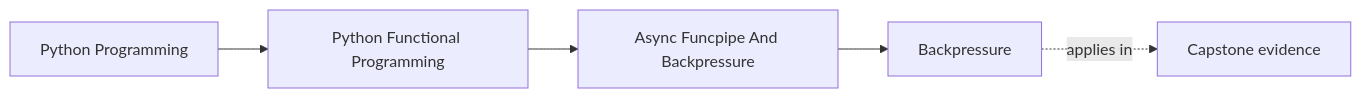
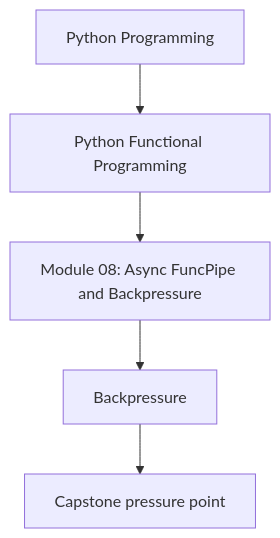
The first of 2 diagrams in programs/python-programming/python-functional-programming/course-book/module-08-async-funcpipe-and-backpressure/backpressure.md (bijux/bijux-masterclass), drawn with Mermaid before and after one commit. The commit also changed other lines of this file and 118 other files, not shown here.

Commit message:
docs(python-functional-programming): align concept page diagrams

````diff
--- a/programs/python-programming/python-functional-programming/course-book/module-08-async-funcpipe-and-backpressure/backpressure.md
+++ b/programs/python-programming/python-functional-programming/course-book/module-08-async-funcpipe-and-backpressure/backpressure.md
@@ -7,11 +7,7 @@
 ```mermaid
-graph LR
-  family["Python Programming"]
-  program["Python Functional Programming"]
-  section["Async Funcpipe And Backpressure"]
-  page["Backpressure"]
-  capstone["Capstone evidence"]
-
-  family --> program --> section --> page
-  page -.applies in.-> capstone
+flowchart TD
+  family["Python Programming"] --> program["Python Functional Programming"]
+  program --> module["Module 08: Async FuncPipe and Backpressure"]
+  module --> concept["Backpressure"]
+  concept --> capstone["Capstone pressure point"]
 ```
````
